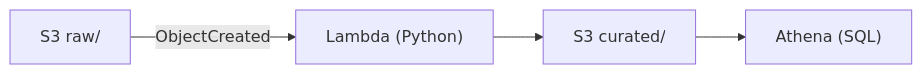
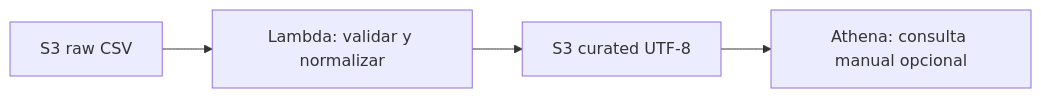
The diagram in README.md (AlbadawiDev/aws-pipeline), drawn with Mermaid before and after one commit. The commit also changed other lines of this file and 10 other files, not shown here.

````diff
--- a/README.md
+++ b/README.md
@@ -44,6 +34,6 @@
 ```mermaid
 graph LR
-  A["S3 raw/"] -- ObjectCreated --> B["Lambda (Python)"]
-  B --> C["S3 curated/"]
-  C --> D["Athena (SQL)"]
+  A[S3 raw CSV] --> B[Lambda: validar y normalizar]
+  B --> C[S3 curated UTF-8]
+  C --> D[Athena: consulta manual opcional]
 ```
````
